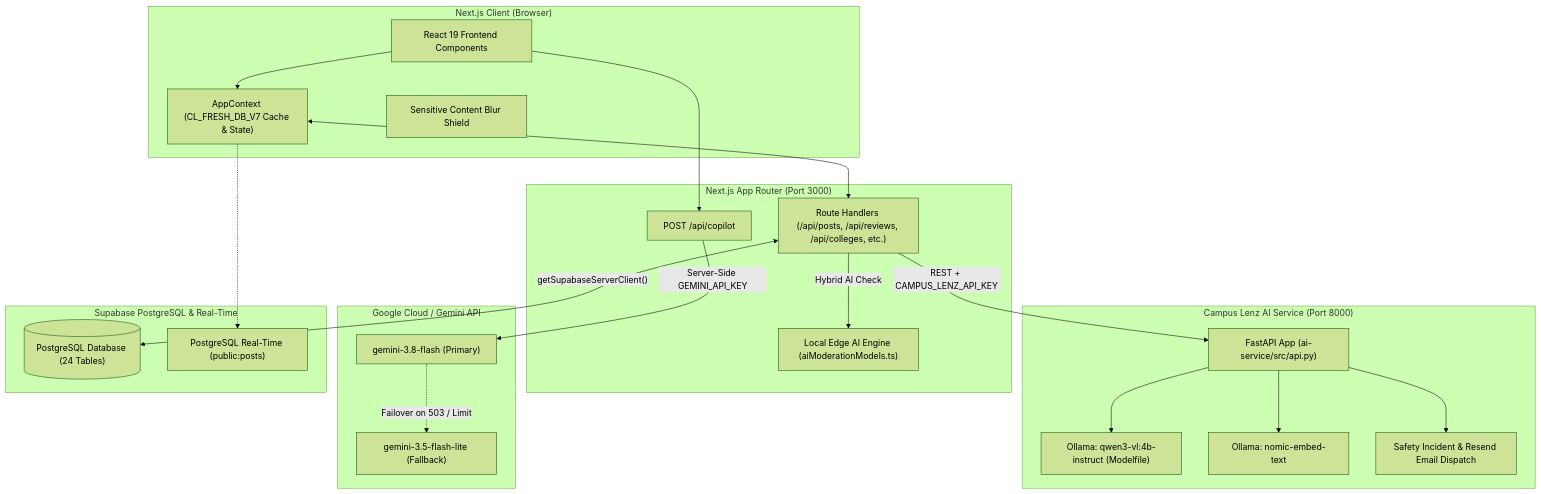
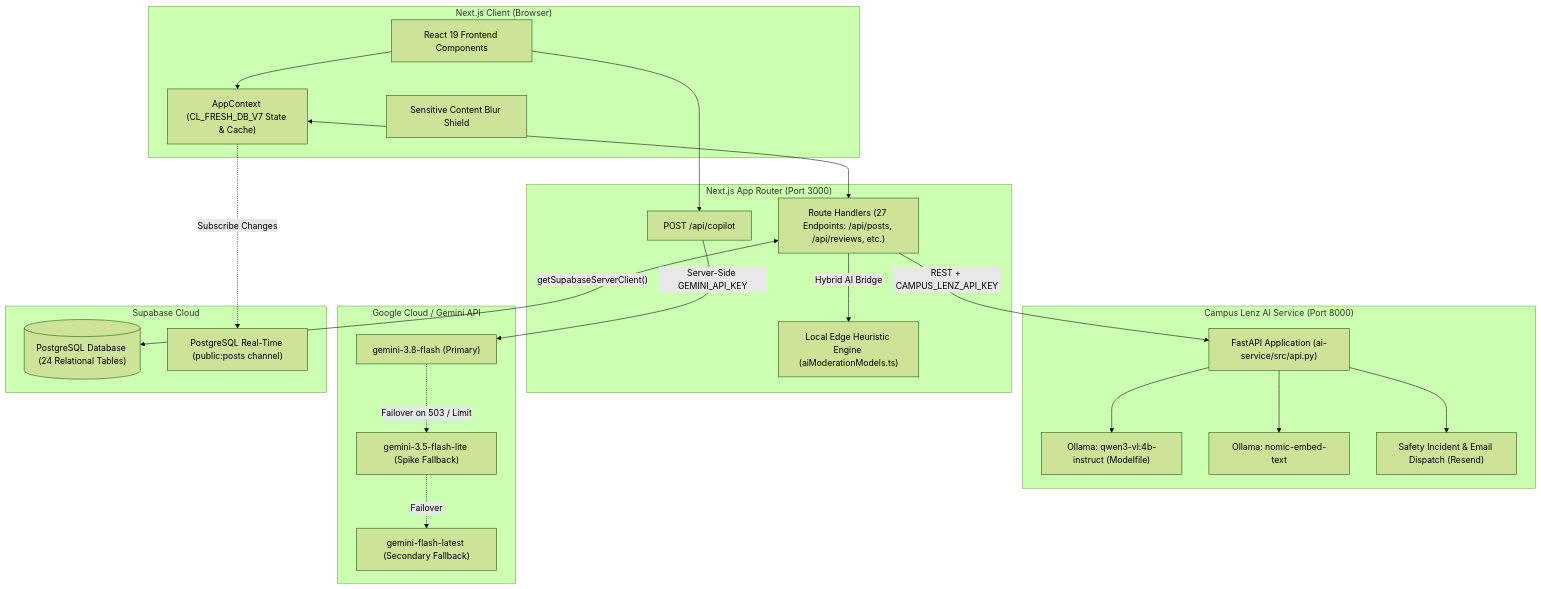
Before and after one commit to Pradeensk1/campuslenzapp: the first of 4 diagrams in README.md, drawn with Mermaid (forest theme). The commit also changed other lines of this file, not shown here.

````diff
--- a/README.md
+++ b/README.md
@@ -92,47 +278,49 @@
 ```mermaid
 flowchart TD
     subgraph Client["Next.js Client (Browser)"]
         UI["React 19 Frontend Components"]
-        AppCtx["AppContext (CL_FRESH_DB_V7 Cache & State)"]
+        AppCtx["AppContext (CL_FRESH_DB_V7 State & Cache)"]
         Shield["Sensitive Content Blur Shield"]
     end
 
     subgraph NextServer["Next.js App Router (Port 3000)"]
-        APIRoutes["Route Handlers (/api/posts, /api/reviews, /api/colleges, etc.)"]
+        APIRoutes["Route Handlers (27 Endpoints: /api/posts, /api/reviews, etc.)"]
         CopilotAPI["POST /api/copilot"]
-        LocalAI["Local Edge AI Engine (aiModerationModels.ts)"]
+        LocalAI["Local Edge Heuristic Engine (aiModerationModels.ts)"]
     end
 
     subgraph ExternalAI["Campus Lenz AI Service (Port 8000)"]
-        FastAPI["FastAPI App (ai-service/src/api.py)"]
+        FastAPI["FastAPI Application (ai-service/src/api.py)"]
         OllamaLLM["Ollama: qwen3-vl:4b-instruct (Modelfile)"]
         OllamaEmbed["Ollama: nomic-embed-text"]
-        SafetyIncident["Safety Incident & Resend Email Dispatch"]
+        IncidentService["Safety Incident & Email Dispatch (Resend)"]
     end
 
     subgraph GeminiCloud["Google Cloud / Gemini API"]
-        GeminiFlash["gemini-3.8-flash (Primary)"]
-        GeminiFallback["gemini-3.5-flash-lite (Fallback)"]
+        Gemini38["gemini-3.8-flash (Primary)"]
+        Gemini35["gemini-3.5-flash-lite (Spike Fallback)"]
+        GeminiLatest["gemini-flash-latest (Secondary Fallback)"]
     end
 
-    subgraph StorageCloud["Supabase PostgreSQL & Real-Time"]
-        SupaDB[("PostgreSQL Database (24 Tables)")]
-        SupaRealtime["PostgreSQL Real-Time (public:posts)"]
+    subgraph StorageCloud["Supabase Cloud"]
+        SupaDB[("PostgreSQL Database (24 Relational Tables)")]
+        SupaRealtime["PostgreSQL Real-Time (public:posts channel)"]
     end
 
     UI --> AppCtx
     AppCtx <--> APIRoutes
-    AppCtx -.-> SupaRealtime
+    AppCtx -.->|"Subscribe Changes"| SupaRealtime
     UI --> CopilotAPI
 
-    CopilotAPI -->|"Server-Side GEMINI_API_KEY"| GeminiFlash
-    GeminiFlash -.->|"Failover on 503 / Limit"| GeminiFallback
+    CopilotAPI -->|"Server-Side GEMINI_API_KEY"| Gemini38
+    Gemini38 -.->|"Failover on 503 / Limit"| Gemini35
+    Gemini35 -.->|"Failover"| GeminiLatest
 
-    APIRoutes -->|"Hybrid AI Check"| LocalAI
+    APIRoutes -->|"Hybrid AI Bridge"| LocalAI
     APIRoutes -->|"REST + CAMPUS_LENZ_API_KEY"| FastAPI
     FastAPI --> OllamaLLM
     FastAPI --> OllamaEmbed
-    FastAPI --> SafetyIncident
+    FastAPI --> IncidentService
 
     APIRoutes <-->|"getSupabaseServerClient()"| SupaDB
 ```
````
